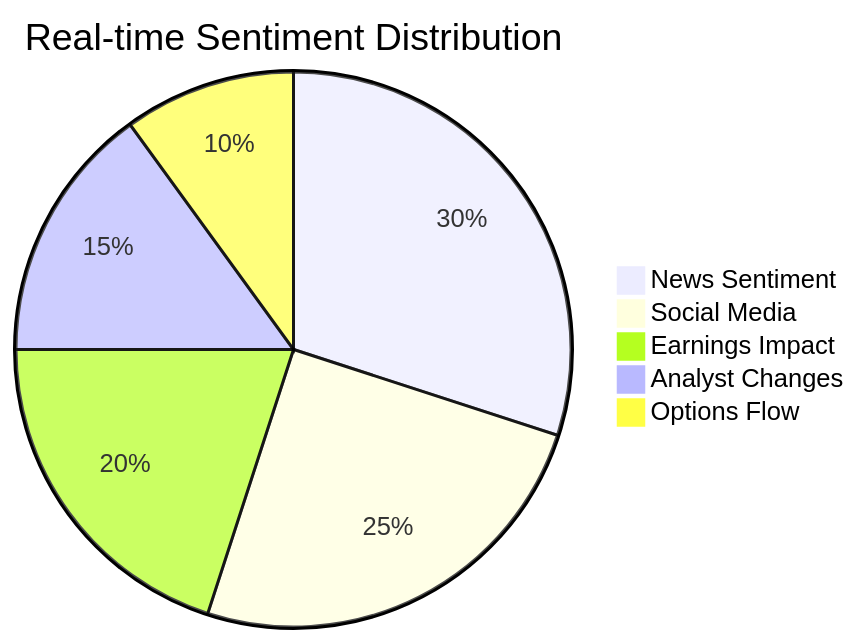
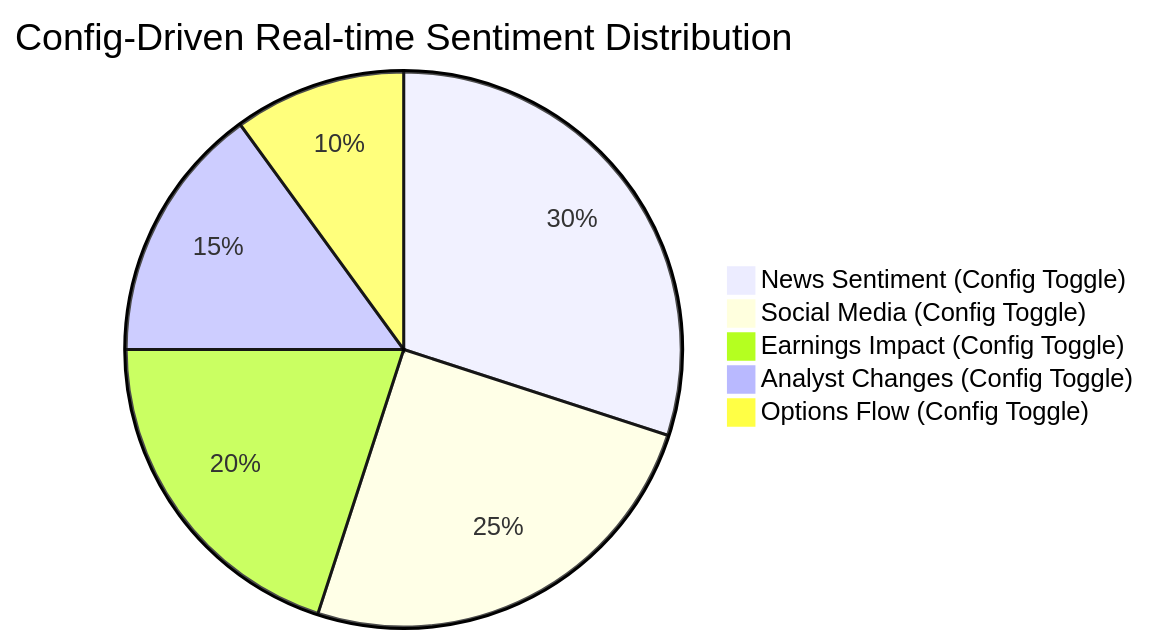
One commit to jeremygonsalves/price-predictor-stocks changed the seventh of 7 diagrams in docs/LSTM-model.md. Above: the diagram before and after it, drawn with Mermaid. The commit also changed other lines of this file and 14 other files, not shown here.

````diff
--- a/docs/LSTM-model.md
+++ b/docs/LSTM-model.md
@@ -428,8 +445,8 @@
 ```mermaid
-pie title Real-time Sentiment Distribution
-    "News Sentiment" : 30
-    "Social Media" : 25
-    "Earnings Impact" : 20
-    "Analyst Changes" : 15
-    "Options Flow" : 10
+pie title Config-Driven Real-time Sentiment Distribution
+    "News Sentiment (Config Toggle)" : 30
+    "Social Media (Config Toggle)" : 25
+    "Earnings Impact (Config Toggle)" : 20
+    "Analyst Changes (Config Toggle)" : 15
+    "Options Flow (Config Toggle)" : 10
 ```
````
